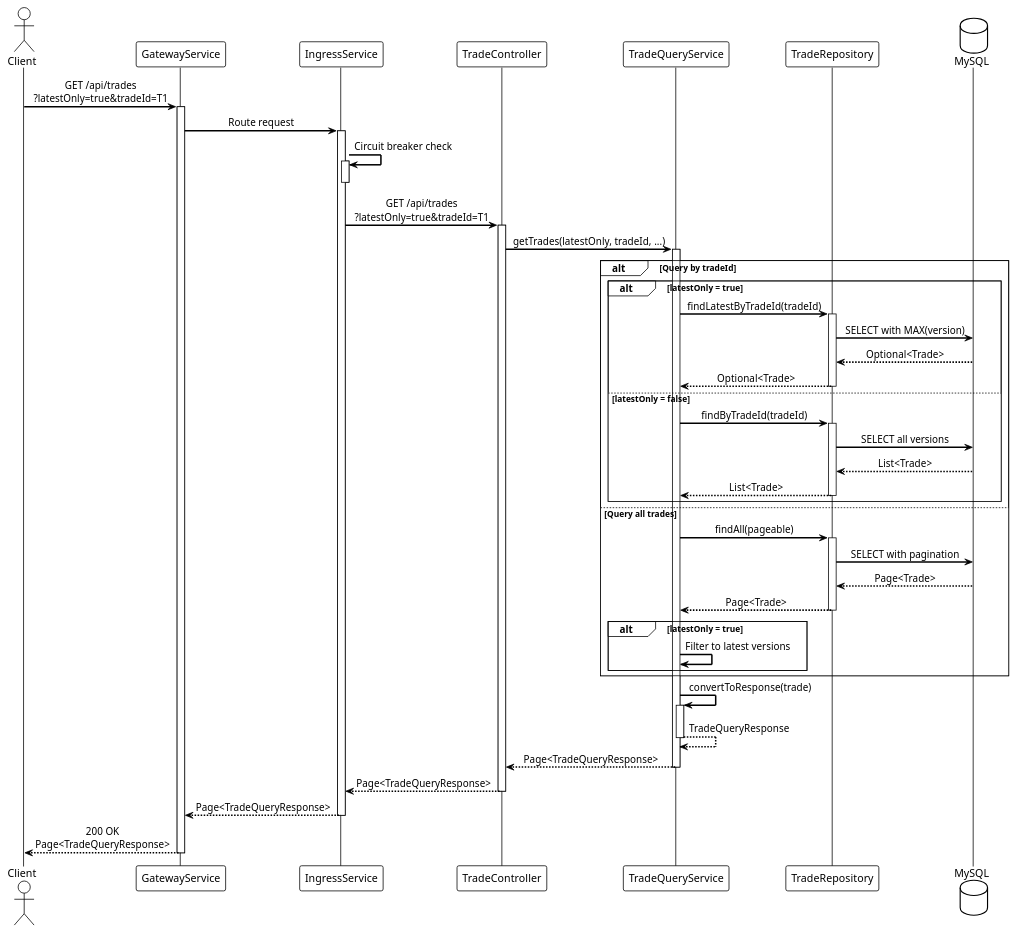
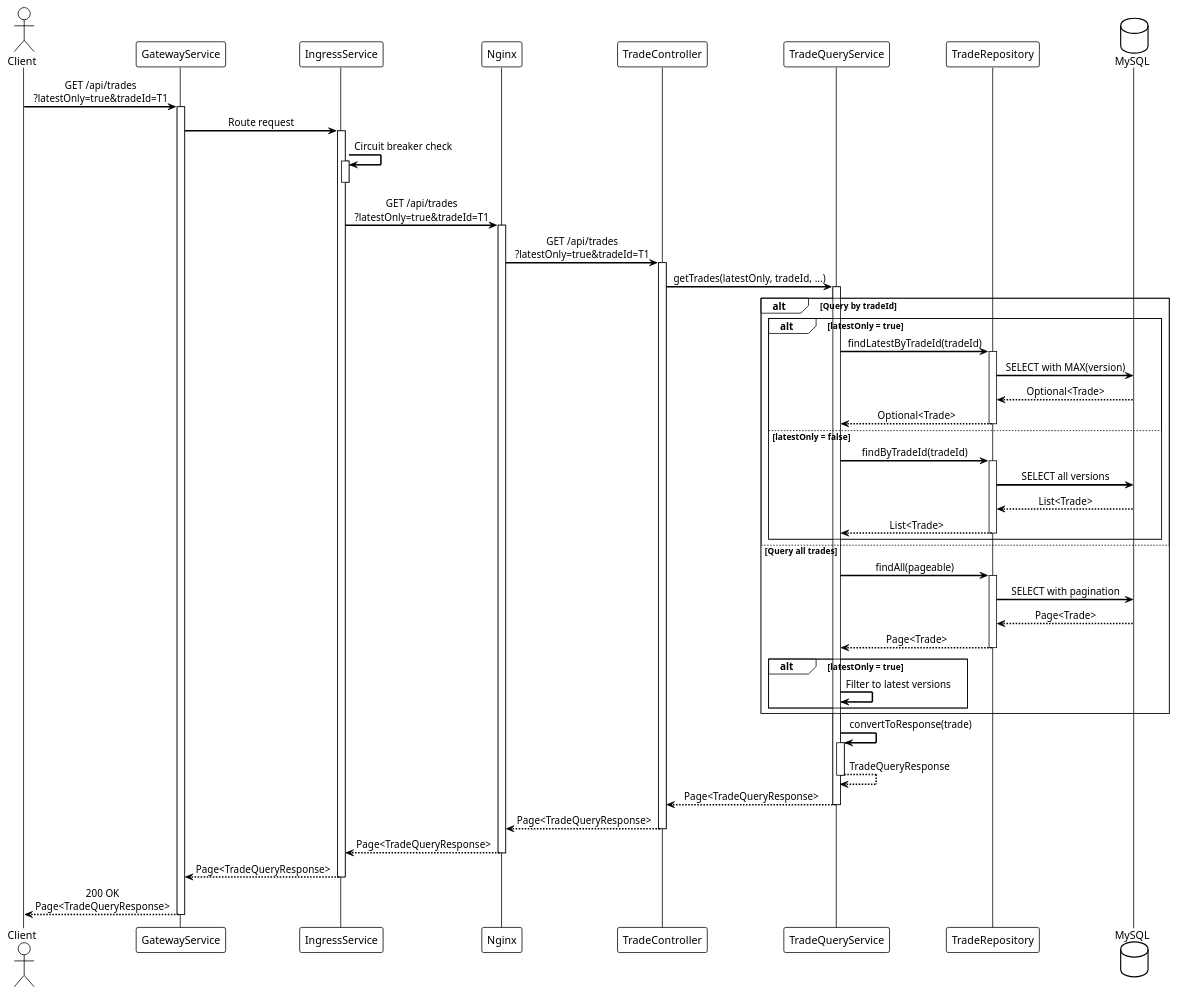
The diagram in backend/diagrams/sequence-trade-query.puml (mukizonese/trade-platform), drawn with PlantUML before and after one commit. The commit also changed 6 other files, not shown here.

Commit message:
PlantUML diagrams updated to NGINX proxy between Trade service

```diff
--- a/backend/diagrams/sequence-trade-query.puml
+++ b/backend/diagrams/sequence-trade-query.puml
@@ -1,78 +1,85 @@
 @startuml Trade Query
 
 !theme plain
 skinparam backgroundColor #FFFFFF
 skinparam sequenceMessageAlign center
 skinparam sequenceArrowThickness 2
 
 actor Client
 participant GatewayService
 participant IngressService
+participant Nginx
 participant TradeController
 participant TradeQueryService
 participant TradeRepository
 database MySQL
 
 Client -> GatewayService: GET /api/trades\n?latestOnly=true&tradeId=T1
 activate GatewayService
 
 GatewayService -> IngressService: Route request
 activate IngressService
 
 IngressService -> IngressService: Circuit breaker check
 activate IngressService
 deactivate IngressService
 
-IngressService -> TradeController: GET /api/trades\n?latestOnly=true&tradeId=T1
+IngressService -> Nginx: GET /api/trades\n?latestOnly=true&tradeId=T1
+activate Nginx
+
+Nginx -> TradeController: GET /api/trades\n?latestOnly=true&tradeId=T1
 activate TradeController
 
 TradeController -> TradeQueryService: getTrades(latestOnly, tradeId, ...)
 activate TradeQueryService
 
 alt Query by tradeId
     alt latestOnly = true
         TradeQueryService -> TradeRepository: findLatestByTradeId(tradeId)
         activate TradeRepository
         TradeRepository -> MySQL: SELECT with MAX(version)
         MySQL --> TradeRepository: Optional<Trade>
         TradeRepository --> TradeQueryService: Optional<Trade>
         deactivate TradeRepository
     else latestOnly = false
         TradeQueryService -> TradeRepository: findByTradeId(tradeId)
         activate TradeRepository
         TradeRepository -> MySQL: SELECT all versions
         MySQL --> TradeRepository: List<Trade>
         TradeRepository --> TradeQueryService: List<Trade>
         deactivate TradeRepository
     end
 else Query all trades
     TradeQueryService -> TradeRepository: findAll(pageable)
     activate TradeRepository
     TradeRepository -> MySQL: SELECT with pagination
     MySQL --> TradeRepository: Page<Trade>
     TradeRepository --> TradeQueryService: Page<Trade>
     deactivate TradeRepository
     
     alt latestOnly = true
         TradeQueryService -> TradeQueryService: Filter to latest versions
     end
 end
 
 TradeQueryService -> TradeQueryService: convertToResponse(trade)
 activate TradeQueryService
 TradeQueryService --> TradeQueryService: TradeQueryResponse
 deactivate TradeQueryService
 
 TradeQueryService --> TradeController: Page<TradeQueryResponse>
 deactivate TradeQueryService
 
-TradeController --> IngressService: Page<TradeQueryResponse>
+TradeController --> Nginx: Page<TradeQueryResponse>
 deactivate TradeController
+
+Nginx --> IngressService: Page<TradeQueryResponse>
+deactivate Nginx
 
 IngressService --> GatewayService: Page<TradeQueryResponse>
 deactivate IngressService
 
 GatewayService --> Client: 200 OK\nPage<TradeQueryResponse>
 deactivate GatewayService
 
 @enduml
```
